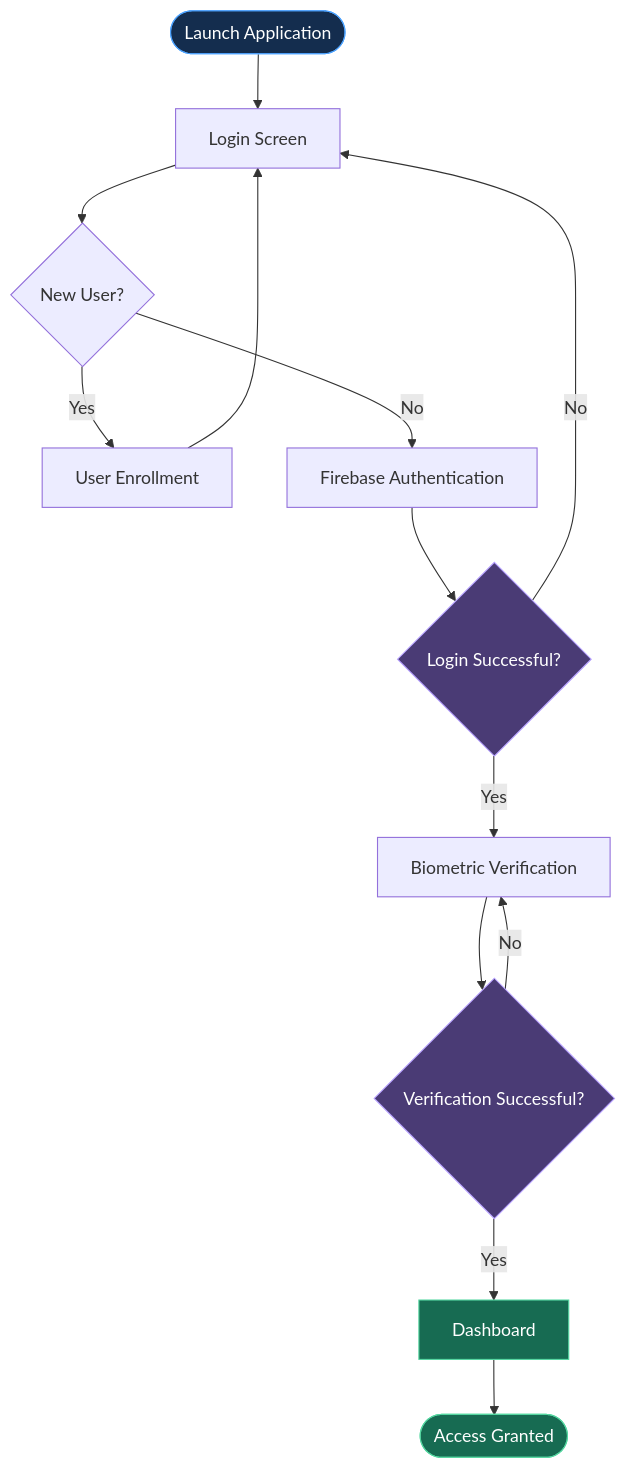
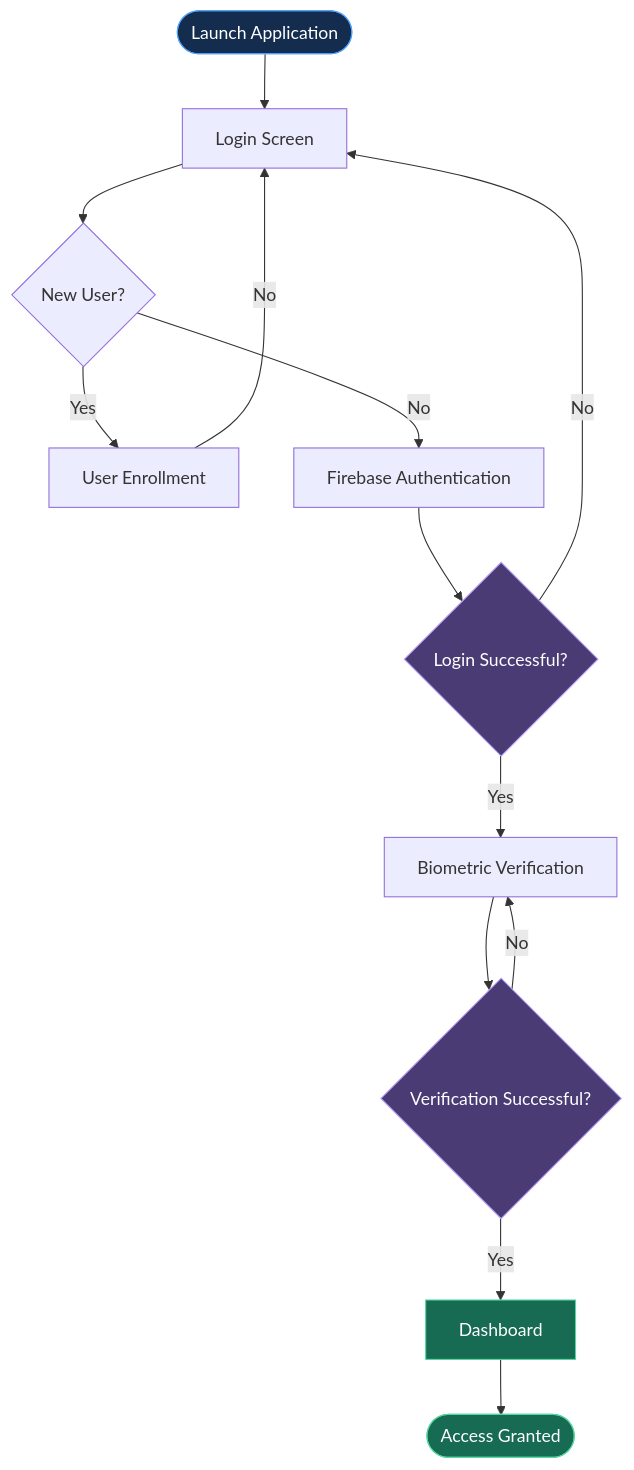
One commit to tamil2407/secure-defence-network changed the diagram in README.md. Above: the diagram before and after it, drawn with Mermaid.

Commit message:
Fix flowchart logic for user enrollment process

````diff
--- a/README.md
+++ b/README.md
@@ -26,21 +26,21 @@
 ```mermaid
 flowchart TD
     A([Launch Application]) --> B[Login Screen]
     B --> C{New User?}
     C -- Yes --> D[User Enrollment]
-    D --> B
+    D -- No --> B
     C -- No --> E[Firebase Authentication]
     E --> F{Login Successful?}
     F -- No --> B
     F -- Yes --> G[Biometric Verification]
     G --> H{Verification Successful?}
     H -- No --> G
     H -- Yes --> I[Dashboard]
     I --> J([Access Granted])
 
     style A fill:#142D4E,color:#FFFFFF,stroke:#4DA3FF
     style I fill:#176B52,color:#FFFFFF,stroke:#54D6A0
     style J fill:#176B52,color:#FFFFFF,stroke:#54D6A0
     style F fill:#4A3B75,color:#FFFFFF,stroke:#B6A0FF
     style H fill:#4A3B75,color:#FFFFFF,stroke:#B6A0FF
 ```
````
